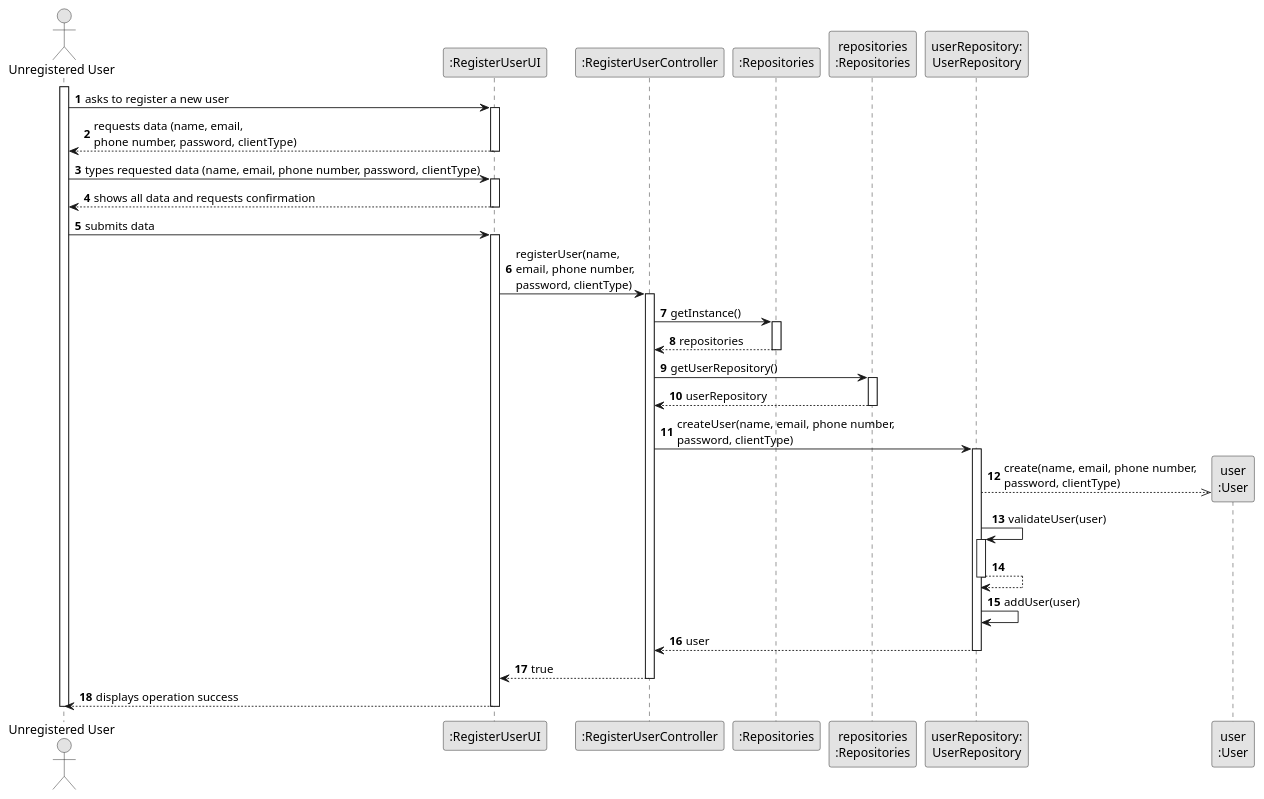
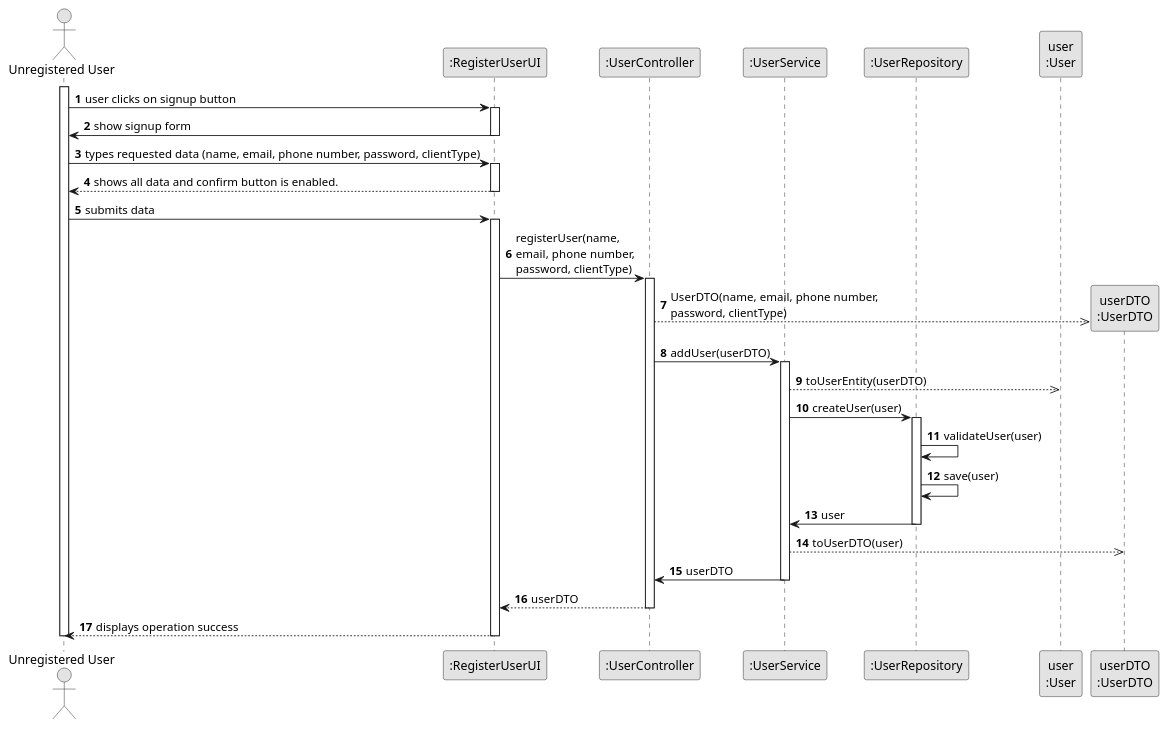
The diagram in Docs/US01/03-design/US01-SD.puml (vivianeaalmeida/ComeAndGet), drawn with PlantUML before and after one commit. The commit also changed 19 other files, not shown here.

```diff
--- a/Docs/US01/03-design/US01-SD.puml
+++ b/Docs/US01/03-design/US01-SD.puml
@@ -1,71 +1,62 @@
 @startuml
 skinparam monochrome true
 skinparam packageStyle rectangle
 skinparam shadowing false
 
 autonumber
 
 actor "Unregistered User" as User
 participant ":RegisterUserUI" as UI
-participant ":RegisterUserController" as CTRL
-participant ":Repositories" as RepositorySingleton
-participant "repositories\n:Repositories" as PLAT
-participant "userRepository:\nUserRepository" as UserRepository
+participant ":UserController" as CTRL
+participant ":UserService" as UserService
+participant ":UserRepository" as UserRepository
 participant "user\n:User" as UserModel
+participant "userDTO\n:UserDTO" as UserDTO
 
 activate User
 
-    User -> UI : asks to register a new user
+    User -> UI : user clicks on signup button
     activate UI
 
-        UI --> User : requests data (name, email, \nphone number, password, clientType)
+    UI -> User : show signup form
     deactivate UI
 
     User -> UI : types requested data (name, email, phone number, password, clientType)
     activate UI
 
-        UI ---> User : shows all data and requests confirmation
+    UI ---> User : shows all data and confirm button is enabled.
     deactivate UI
 
     User -> UI : submits data
     activate UI
 
         UI -> CTRL : registerUser(name,\nemail, phone number,\npassword, clientType)
         activate CTRL
 
-            CTRL -> RepositorySingleton : getInstance()
-            activate RepositorySingleton
+            CTRL -->> UserDTO**: UserDTO(name, email, phone number,\npassword, clientType)
 
-                RepositorySingleton --> CTRL : repositories
-            deactivate RepositorySingleton
+            CTRL -> UserService : addUser(userDTO)
+            activate UserService
 
-            CTRL -> PLAT : getUserRepository()
-            activate PLAT
+            UserService -->> UserModel: toUserEntity(userDTO)
 
-                PLAT --> CTRL : userRepository
-            deactivate PLAT
-
-            CTRL -> UserRepository: createUser(name, email, phone number,\npassword, clientType)
+            UserService -> UserRepository: createUser(user)
             activate UserRepository
 
-                UserRepository -->> UserModel**: create(name, email, phone number,\npassword, clientType)
-
-                UserRepository -> UserRepository: validateUser(user)
-                activate UserRepository
-                    UserRepository --> UserRepository
-                deactivate UserRepository
-
-                UserRepository -> UserRepository: addUser(user)
-
-                UserRepository --> CTRL : user
-
+            UserRepository -> UserRepository: validateUser(user)
+            UserRepository -> UserRepository: save(user)
+            UserRepository -> UserService: user
             deactivate UserRepository
 
-            CTRL --> UI: true
+            UserService -->> UserDTO: toUserDTO(user)
+            UserService -> CTRL: userDTO
+            deactivate UserService
+
+            CTRL --> UI: userDTO
             deactivate CTRL
 
             UI --> User: displays operation success
     deactivate UI
 
 deactivate User
 @enduml
```
